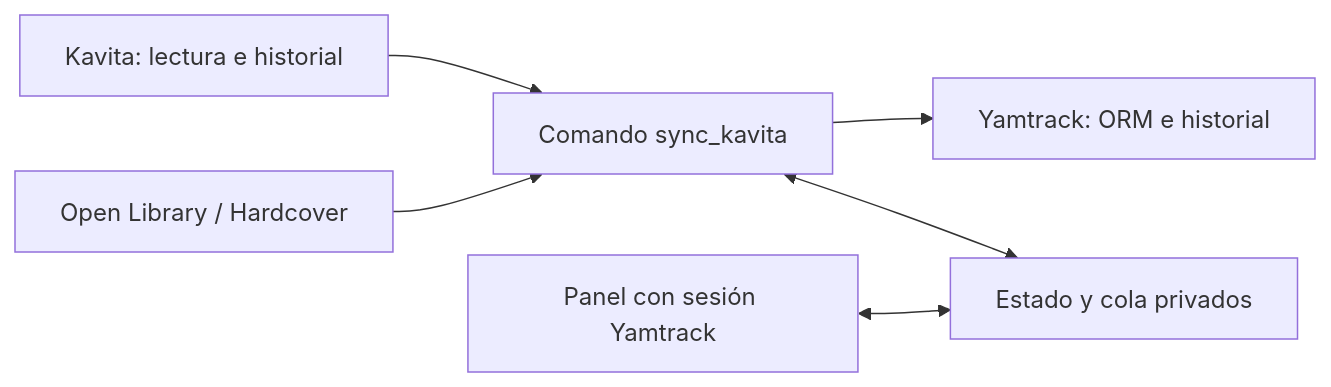
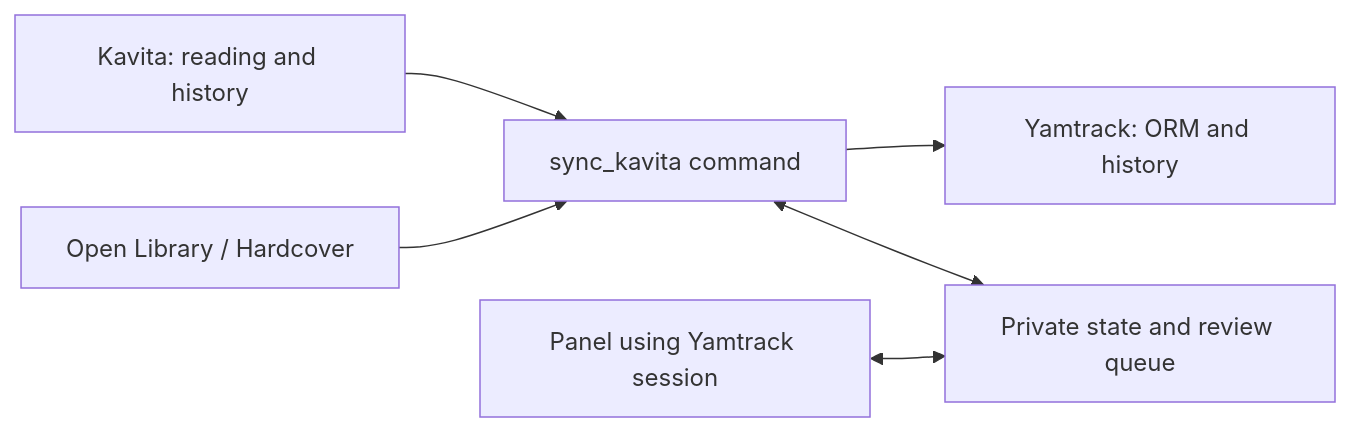
One commit to raishack/kavita-yamtrack-sync changed the diagram in README.md. Above: the diagram before and after it, drawn with Mermaid. The commit also changed other lines of this file and 13 other files, not shown here.

Commit message:
Translate repository and review panel to English

````diff
--- a/README.md
+++ b/README.md
@@ -22,8 +22,8 @@
 ```mermaid
 flowchart LR
-  K[Kavita: lectura e historial] --> S[Comando sync_kavita]
+  K[Kavita: reading and history] --> S[sync_kavita command]
   C[Open Library / Hardcover] --> S
-  S --> Y[Yamtrack: ORM e historial]
-  S <--> Q[Estado y cola privados]
-  P[Panel con sesión Yamtrack] <--> Q
+  S --> Y[Yamtrack: ORM and history]
+  S <--> Q[Private state and review queue]
+  P[Panel using Yamtrack session] <--> Q
 ```
````
